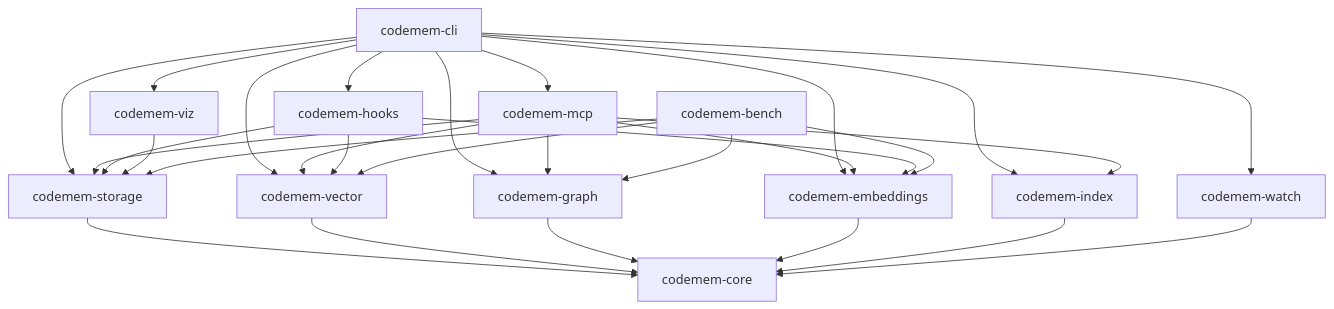
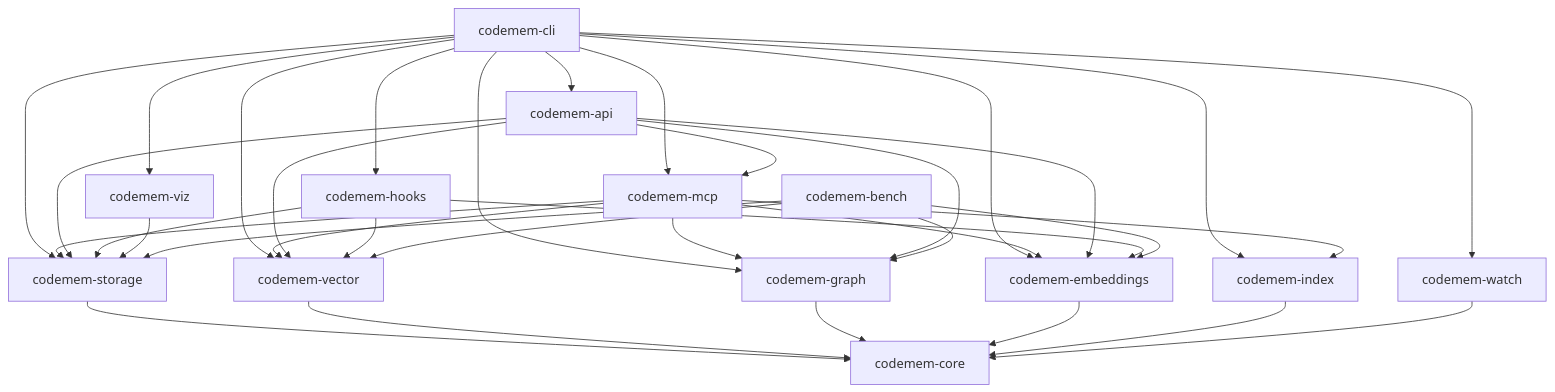
One commit to cogniplex/codemem changed the second of 10 diagrams in docs/architecture.md. Above: the diagram before and after it, drawn with Mermaid. The commit also changed other lines of this file and 5 other files, not shown here.

````diff
--- a/docs/architecture.md
+++ b/docs/architecture.md
@@ -81,21 +87,22 @@
 ```mermaid
 flowchart TD
     cli[codemem-cli]
 
-    cli --> mcp & hooks & viz & watch & index
+    cli --> mcp & hooks & viz & watch & index & api
     cli --> storage & vector & graphCrate & embeddings
 
     mcp[codemem-mcp] --> storage & vector & graphCrate & embeddings & index
+    api[codemem-api] --> mcp & storage & vector & graphCrate & embeddings
     hooks[codemem-hooks] --> storage & vector & embeddings
     viz[codemem-viz] --> storage
     bench[codemem-bench] --> storage & vector & graphCrate & embeddings
 
     storage[codemem-storage] --> core
     vector[codemem-vector] --> core
     graphCrate[codemem-graph] --> core
     embeddings[codemem-embeddings] --> core
     index[codemem-index] --> core
     watch[codemem-watch] --> core
 
     core[codemem-core]
 ```
````
